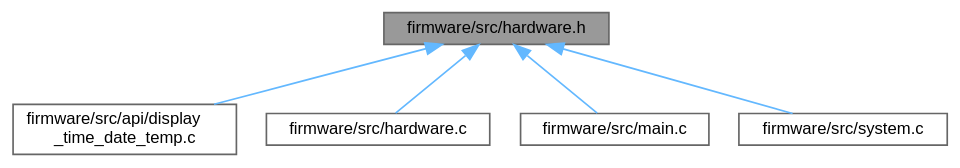
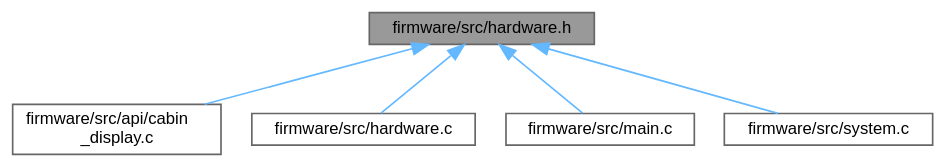
One commit to Ghaadyy/elevator-controller changed the diagram in dev/hardware_8h__dep__incl.dot. Above: the diagram before and after it, drawn with Graphviz. The commit also changed 83 other files, not shown here.

```diff
--- a/dev/hardware_8h__dep__incl.dot
+++ b/dev/hardware_8h__dep__incl.dot
@@ -1,16 +1,16 @@
 digraph "firmware/src/hardware.h"
 {
  // LATEX_PDF_SIZE
   bgcolor="transparent";
   edge [fontname=Helvetica,fontsize=10,labelfontname=Helvetica,labelfontsize=10];
   node [fontname=Helvetica,fontsize=10,shape=box,height=0.2,width=0.4];
   Node1 [id="Node000001",label="firmware/src/hardware.h",height=0.2,width=0.4,color="gray40", fillcolor="grey60", style="filled", fontcolor="black",tooltip=" "];
   Node1 -> Node2 [id="edge1_Node000001_Node000002",dir="back",color="steelblue1",style="solid",tooltip=" "];
-  Node2 [id="Node000002",label="firmware/src/api/display\l_time_date_temp.c",height=0.2,width=0.4,color="grey40", fillcolor="white", style="filled",URL="$display__time__date__temp_8c.html",tooltip=" "];
+  Node2 [id="Node000002",label="firmware/src/api/cabin\l_display.c",height=0.2,width=0.4,color="grey40", fillcolor="white", style="filled",URL="$cabin__display_8c.html",tooltip=" "];
   Node1 -> Node3 [id="edge2_Node000001_Node000003",dir="back",color="steelblue1",style="solid",tooltip=" "];
   Node3 [id="Node000003",label="firmware/src/hardware.c",height=0.2,width=0.4,color="grey40", fillcolor="white", style="filled",URL="$hardware_8c.html",tooltip=" "];
   Node1 -> Node4 [id="edge3_Node000001_Node000004",dir="back",color="steelblue1",style="solid",tooltip=" "];
   Node4 [id="Node000004",label="firmware/src/main.c",height=0.2,width=0.4,color="grey40", fillcolor="white", style="filled",URL="$main_8c.html",tooltip=" "];
   Node1 -> Node5 [id="edge4_Node000001_Node000005",dir="back",color="steelblue1",style="solid",tooltip=" "];
   Node5 [id="Node000005",label="firmware/src/system.c",height=0.2,width=0.4,color="grey40", fillcolor="white", style="filled",URL="$system_8c.html",tooltip=" "];
 }
```
